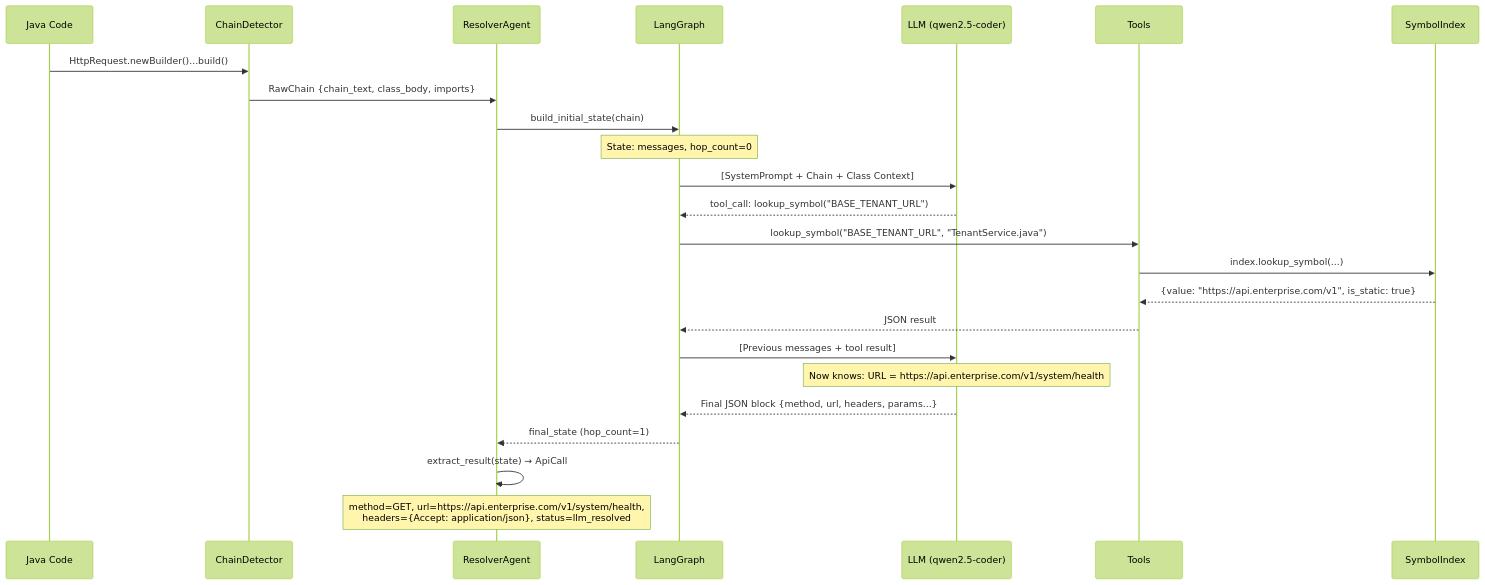
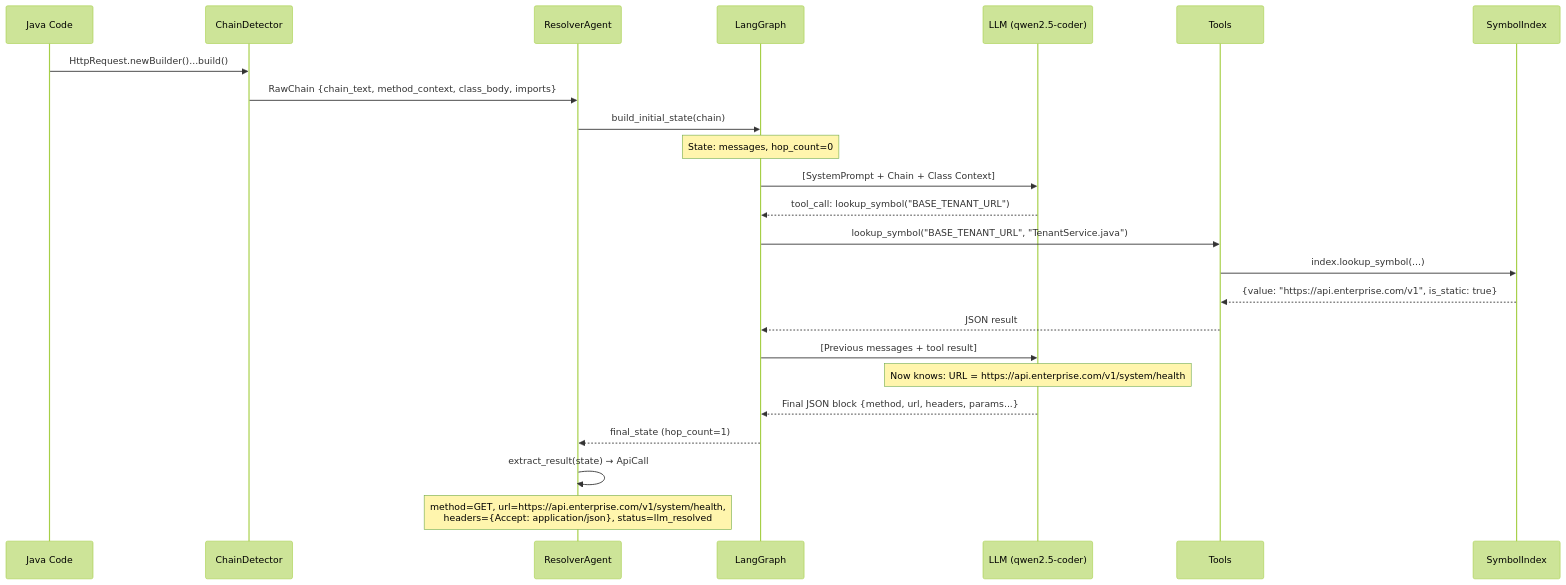
Before and after one commit to akshaymone/ai-agnets: the second of 5 diagrams in docs/architecture_handover.md, drawn with Mermaid (forest theme). The commit also changed other lines of this file, not shown here.

First line of the commit message:
docs: update architecture_handover.md for v2.1 live state

````diff
--- a/docs/architecture_handover.md
+++ b/docs/architecture_handover.md
@@ -117,32 +117,32 @@
 ```mermaid
 sequenceDiagram
     participant Code as Java Code
     participant CD as ChainDetector
     participant RA as ResolverAgent
     participant LG as LangGraph
     participant LLM as LLM (qwen2.5-coder)
     participant TL as Tools
     participant SI as SymbolIndex
 
     Code->>CD: HttpRequest.newBuilder()...build()
-    CD->>RA: RawChain {chain_text, class_body, imports}
+    CD->>RA: RawChain {chain_text, method_context, class_body, imports}
 
     RA->>LG: build_initial_state(chain)
     Note over LG: State: messages, hop_count=0
 
     LG->>LLM: [SystemPrompt + Chain + Class Context]
     LLM-->>LG: tool_call: lookup_symbol("BASE_TENANT_URL")
 
     LG->>TL: lookup_symbol("BASE_TENANT_URL", "TenantService.java")
     TL->>SI: index.lookup_symbol(...)
     SI-->>TL: {value: "https://api.enterprise.com/v1", is_static: true}
     TL-->>LG: JSON result
 
     LG->>LLM: [Previous messages + tool result]
     Note over LLM: Now knows: URL = https://api.enterprise.com/v1/system/health
     LLM-->>LG: Final JSON block {method, url, headers, params...}
 
     LG-->>RA: final_state (hop_count=1)
     RA->>RA: extract_result(state) → ApiCall
     Note over RA: method=GET, url=https://api.enterprise.com/v1/system/health,<br/>headers={Accept: application/json}, status=llm_resolved
 ```
````
